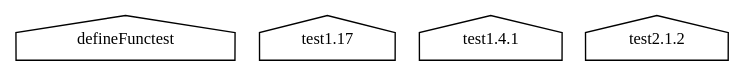
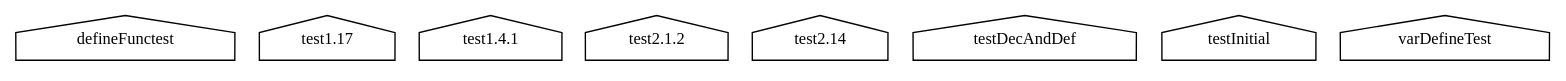
Before and after one commit to kuntung/CPPPrimer: the diagram in build/debug/dep.dot, drawn with Graphviz. The commit also changed 69 other files, not shown here.

```diff
--- a/build/debug/dep.dot
+++ b/build/debug/dep.dot
@@ -1,9 +1,13 @@
 digraph GG {
 node [
   fontsize = "12"
 ];
     "node0" [ label="defineFunctest" shape="house"];
     "node1" [ label="test1.17" shape="house"];
     "node2" [ label="test1.4.1" shape="house"];
     "node3" [ label="test2.1.2" shape="house"];
+    "node4" [ label="test2.14" shape="house"];
+    "node5" [ label="testDecAndDef" shape="house"];
+    "node6" [ label="testInitial" shape="house"];
+    "node7" [ label="varDefineTest" shape="house"];
 }
```
